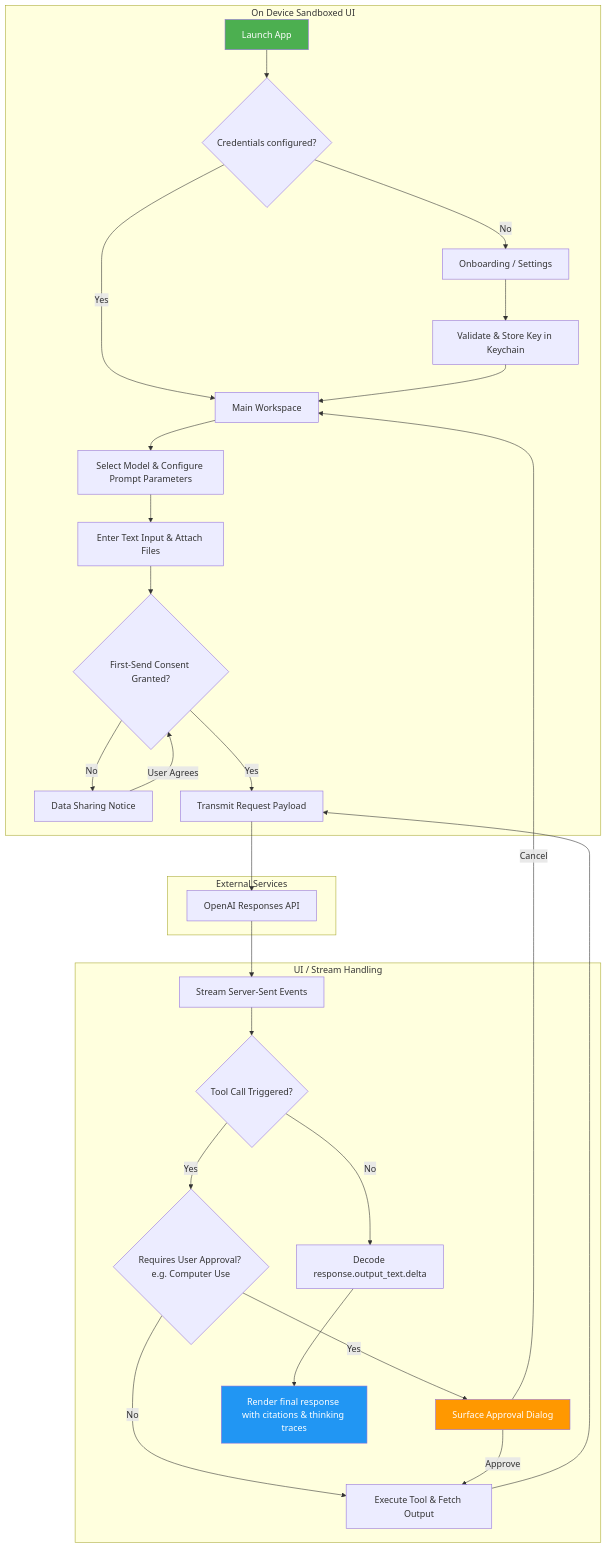
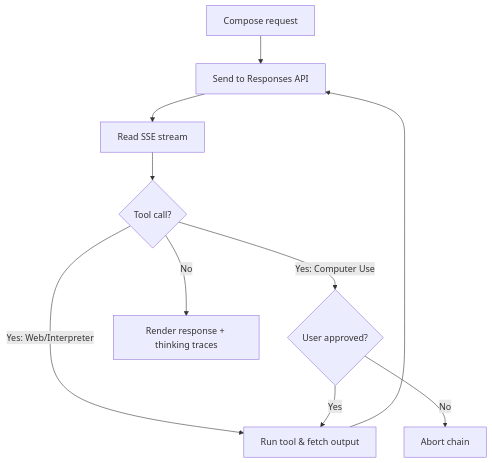
Before and after one commit to Gunnarguy/OpenResponses: the first of 4 diagrams in README.md, drawn with Mermaid. The commit also changed other lines of this file and 1 other file, not shown here.

````diff
--- a/README.md
+++ b/README.md
@@ -58,36 +62,10 @@
 ```mermaid
 flowchart TD
-    subgraph OnDevice["On Device Sandboxed UI"]
-        A[Launch App] --> B{Credentials configured?}
-        B -->|No| C[Onboarding / Settings]
-        B -->|Yes| D[Main Workspace]
-        C --> E[Validate & Store Key in Keychain]
-        E --> D
-        D --> F[Select Model & Configure Prompt Parameters]
-        F --> G[Enter Text Input & Attach Files]
-        G --> H{First-Send Consent Granted?}
-        H -->|No| I[Data Sharing Notice]
-        I -->|User Agrees| H
-        H -->|Yes| J[Transmit Request Payload]
-    end
-
-    subgraph External["External Services"]
-        J --> K[OpenAI Responses API]
-    end
-
-    subgraph UI["UI / Stream Handling"]
-        K --> L[Stream Server-Sent Events]
-        L --> M{Tool Call Triggered?}
-        M -->|Yes| N{Requires User Approval? e.g. Computer Use}
-        N -->|No| O[Execute Tool & Fetch Output] --> J
-        N -->|Yes| P[Surface Approval Dialog]
-        P -->|Approve| O
-        P -->|Cancel| D
-        M -->|No| Q[Decode response.output_text.delta]
-        Q --> R[Render final response with citations & thinking traces]
-    end
-
-    style A fill:#4CAF50,color:#fff
-    style R fill:#2196F3,color:#fff
-    style P fill:#FF9800,color:#fff
+    A[Compose request] --> B[Send to Responses API]
+    B --> C[Read SSE stream]
+    C --> D{Tool call?}
+    D -->|Yes: Web/Interpreter| E[Run tool & fetch output] --> B
+    D -->|Yes: Computer Use| F{User approved?} -->|Yes| E
+    F -->|No| G[Abort chain]
+    D -->|No| H[Render response + thinking traces]
 ```
````
